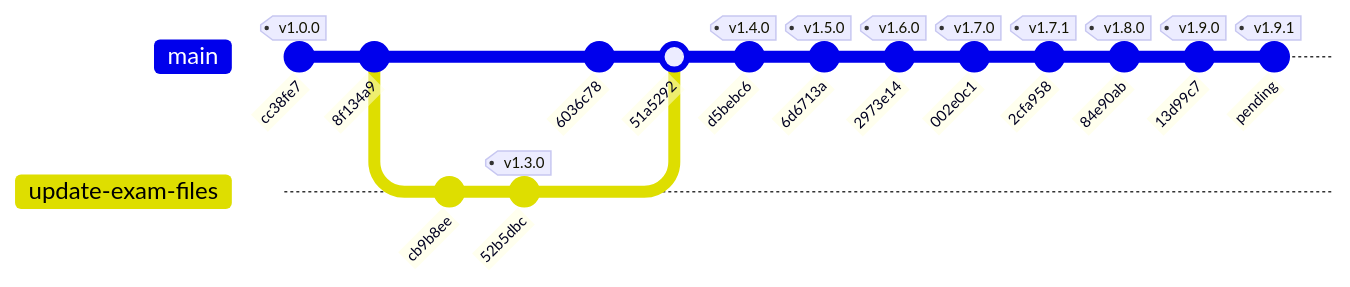
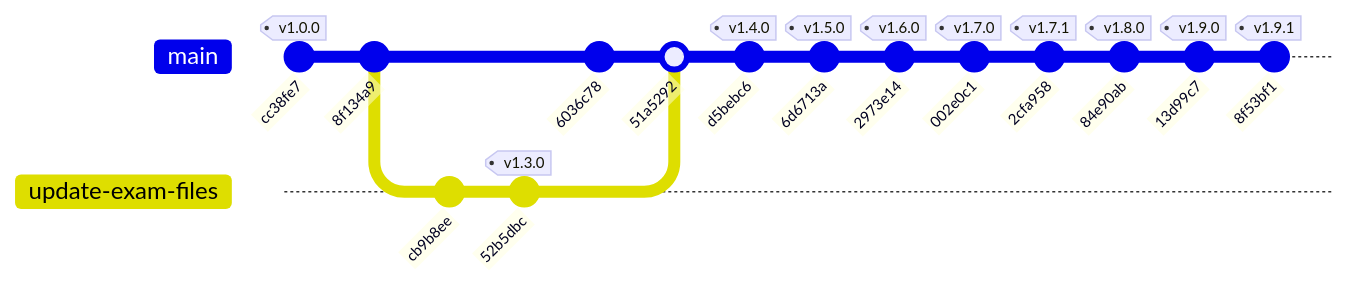
The diagram in README.md (renart00001-ux/exam-web), drawn with Mermaid before and after one commit. The commit also changed other lines of this file and 1 other file, not shown here.

Commit message:
docs: sync v1.9.1 timeline and commit records in index.html and README

````diff
--- a/README.md
+++ b/README.md
@@ -46,20 +46,20 @@
 ```mermaid
 gitGraph
     commit id: "cc38fe7" tag: "v1.0.0"
     commit id: "8f134a9"
     branch update-exam-files
     checkout update-exam-files
     commit id: "cb9b8ee"
     commit id: "52b5dbc" tag: "v1.3.0"
     checkout main
     commit id: "6036c78"
     merge update-exam-files id: "51a5292"
     commit id: "d5bebc6" tag: "v1.4.0"
     commit id: "6d6713a" tag: "v1.5.0"
     commit id: "2973e14" tag: "v1.6.0"
     commit id: "002e0c1" tag: "v1.7.0"
     commit id: "2cfa958" tag: "v1.7.1"
     commit id: "84e90ab" tag: "v1.8.0"
     commit id: "13d99c7" tag: "v1.9.0"
-    commit id: "pending" tag: "v1.9.1"
+    commit id: "8f53bf1" tag: "v1.9.1"
 ```
````
